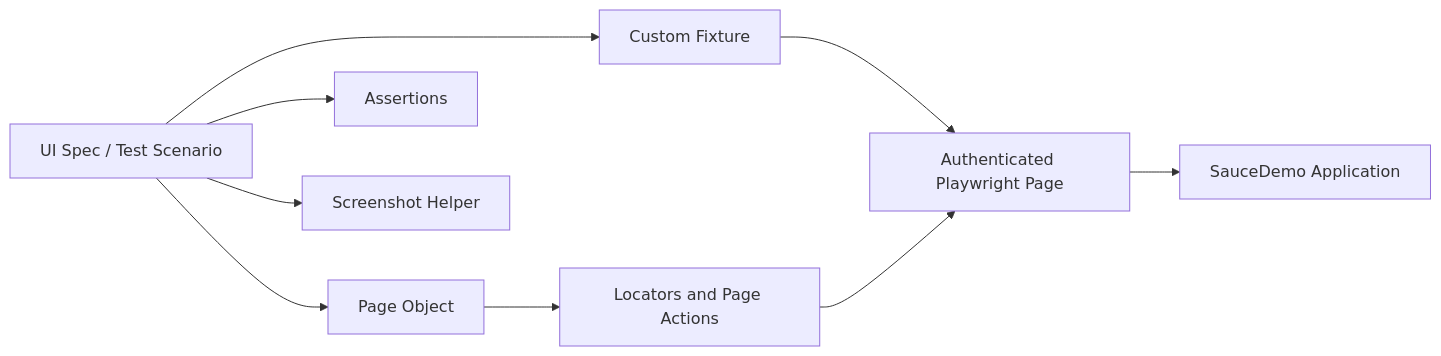
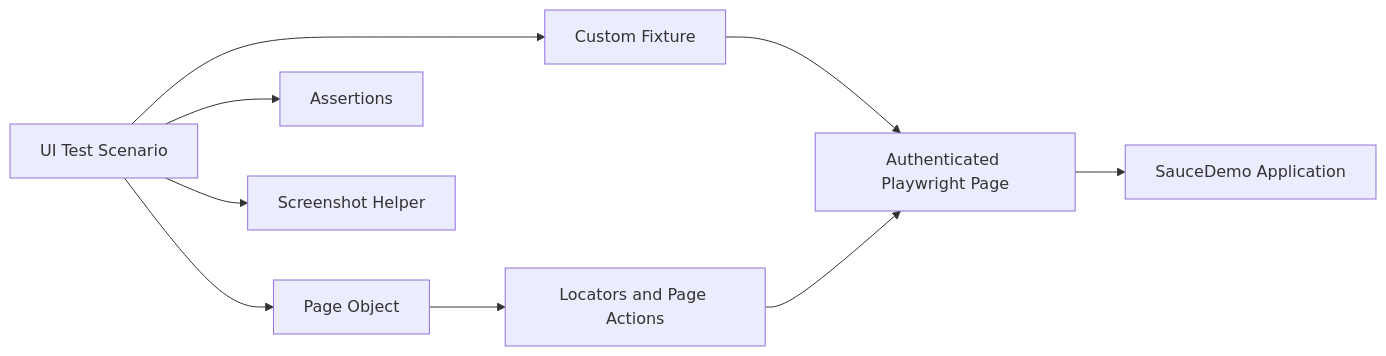
One commit to ankit19apr/sauce-demo-playwright changed the second of 4 diagrams in README.md. Above: the diagram before and after it, drawn with Mermaid. The commit also changed other lines of this file, not shown here.

````diff
--- a/README.md
+++ b/README.md
@@ -243,11 +213,11 @@
 ``` mermaid
 flowchart LR
-    A[UI Spec / Test Scenario] --> B[Custom Fixture]
+    A[UI Test Scenario] --> B[Custom Fixture]
     B --> C[Authenticated Playwright Page]
     A --> D[Page Object]
     D --> E[Locators and Page Actions]
     E --> C
     C --> F[SauceDemo Application]
     A --> G[Assertions]
     A --> H[Screenshot Helper]
 ```
````
